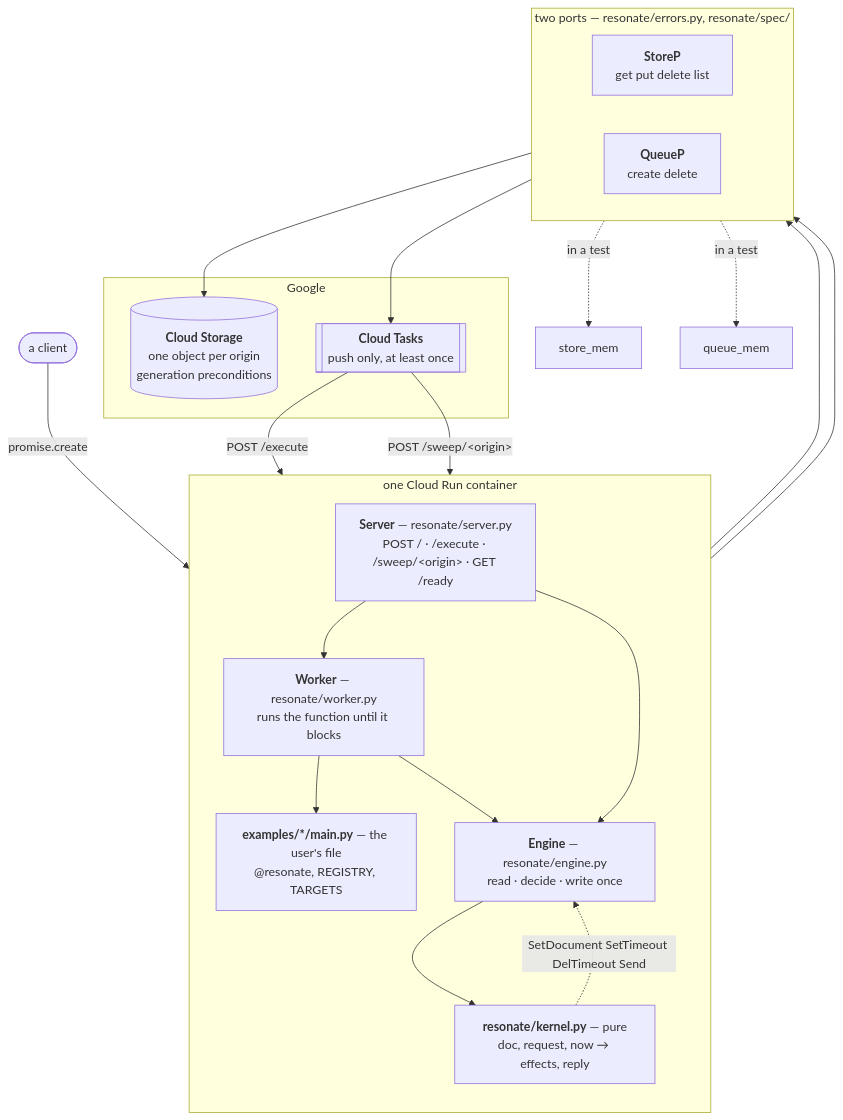
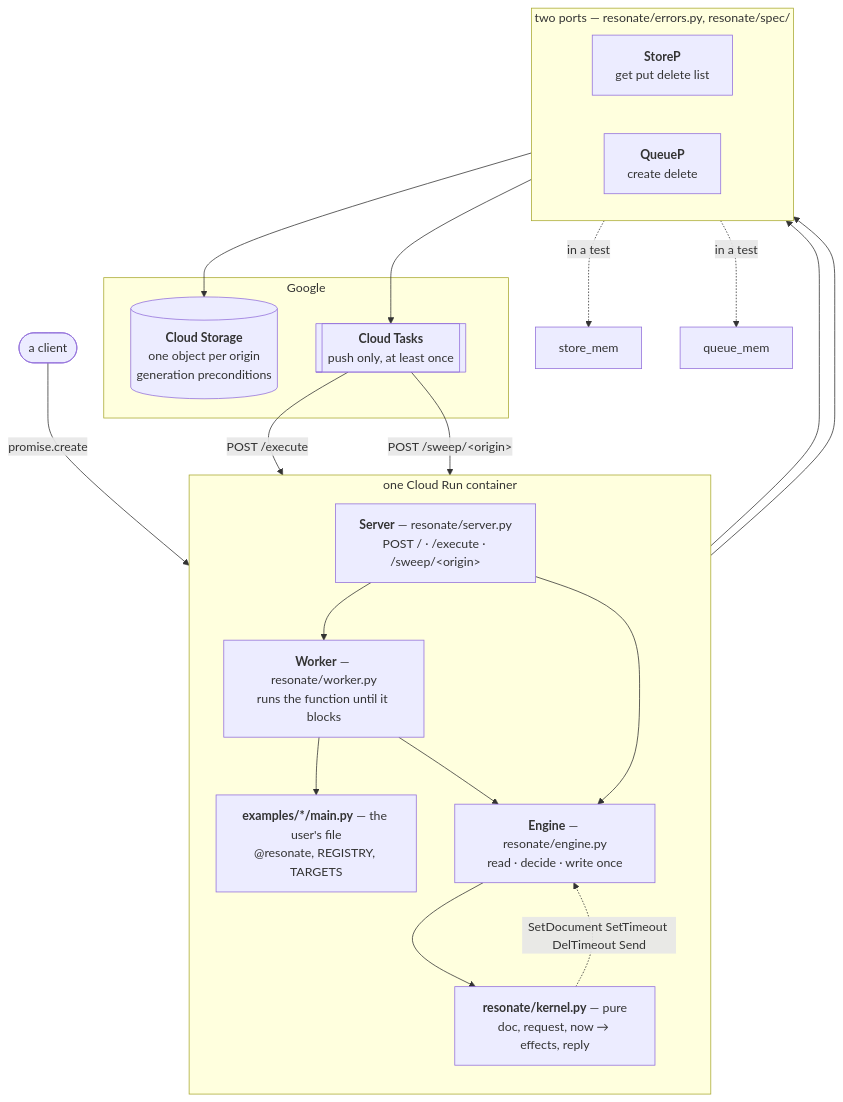
The diagram in code/final/ARCHITECTURE.md (resonatehq/durable-execution), drawn with Mermaid before and after one commit. The commit also changed 9 other files, not shown here.

````diff
--- a/code/final/ARCHITECTURE.md
+++ b/code/final/ARCHITECTURE.md
@@ -9,43 +9,43 @@
 ```mermaid
 flowchart TB
     client(["a client"])
 
     subgraph container["one Cloud Run container"]
         direction TB
-        routes["<b>Server</b> — resonate/server.py<br/>POST / · /execute · /sweep/&lt;origin&gt; · GET /ready"]
+        routes["<b>Server</b> — resonate/server.py<br/>POST / · /execute · /sweep/&lt;origin&gt;"]
         worker["<b>Worker</b> — resonate/worker.py<br/>runs the function until it blocks"]
         app["<b>examples/*/main.py</b> — the user's file<br/>@resonate, REGISTRY, TARGETS"]
         engine["<b>Engine</b> — resonate/engine.py<br/>read · decide · write once"]
         kernel["<b>resonate/kernel.py</b> — pure<br/>doc, request, now → effects, reply"]
     end
 
     subgraph ports["two ports — resonate/errors.py, resonate/spec/"]
         direction LR
         store["<b>StoreP</b><br/>get put delete list"]
         queue["<b>QueueP</b><br/>create delete"]
     end
 
     subgraph google["Google"]
         gcs[("<b>Cloud Storage</b><br/>one object per origin<br/>generation preconditions")]
         tasks[["<b>Cloud Tasks</b><br/>push only, at least once"]]
     end
 
     client -->|"promise.create"| routes
     routes --> worker
     worker --> app
     worker --> engine
     routes --> engine
     engine --> kernel
     kernel -.->|"SetDocument SetTimeout DelTimeout Send"| engine
 
     engine --> store
     engine --> queue
     store --> gcs
     queue --> tasks
 
     tasks -->|"POST /execute"| routes
     tasks -->|"POST /sweep/&lt;origin&gt;"| routes
 
     store -.->|"in a test"| storemem["store_mem"]
     queue -.->|"in a test"| queuemem["queue_mem"]
 ```
````
